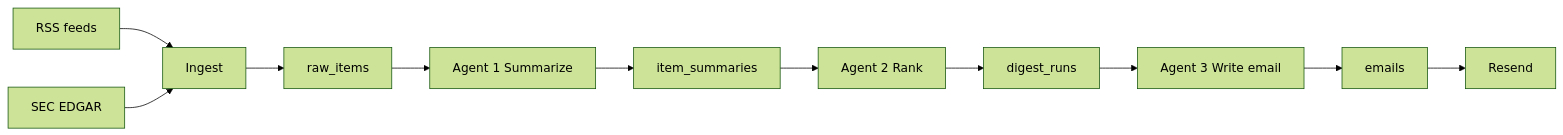
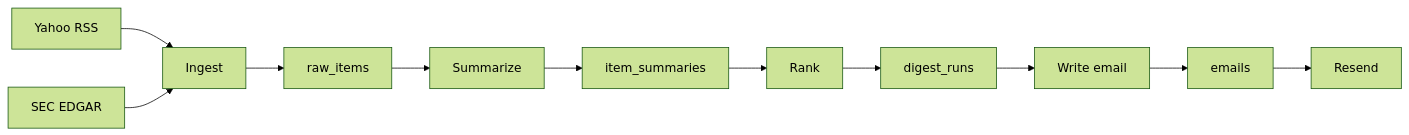
The diagram in README.md (JulianGriffin11/Stock_News), drawn with Mermaid (forest theme) before and after one commit. The commit also changed other lines of this file and 45 other files, not shown here.

````diff
--- a/README.md
+++ b/README.md
@@ -80,13 +88,13 @@
 ```mermaid
 flowchart LR
-  rss[RSS feeds] --> ingest[Ingest]
+  rss[Yahoo RSS] --> ingest[Ingest]
   sec[SEC EDGAR] --> ingest
   ingest --> raw[raw_items]
-  raw --> a1[Agent 1 Summarize]
+  raw --> a1[Summarize]
   a1 --> sums[item_summaries]
-  sums --> a2[Agent 2 Rank]
+  sums --> a2[Rank]
   a2 --> run[digest_runs]
-  run --> a3[Agent 3 Write email]
+  run --> a3[Write email]
   a3 --> mail[emails]
   mail --> resend[Resend]
 ```
````
